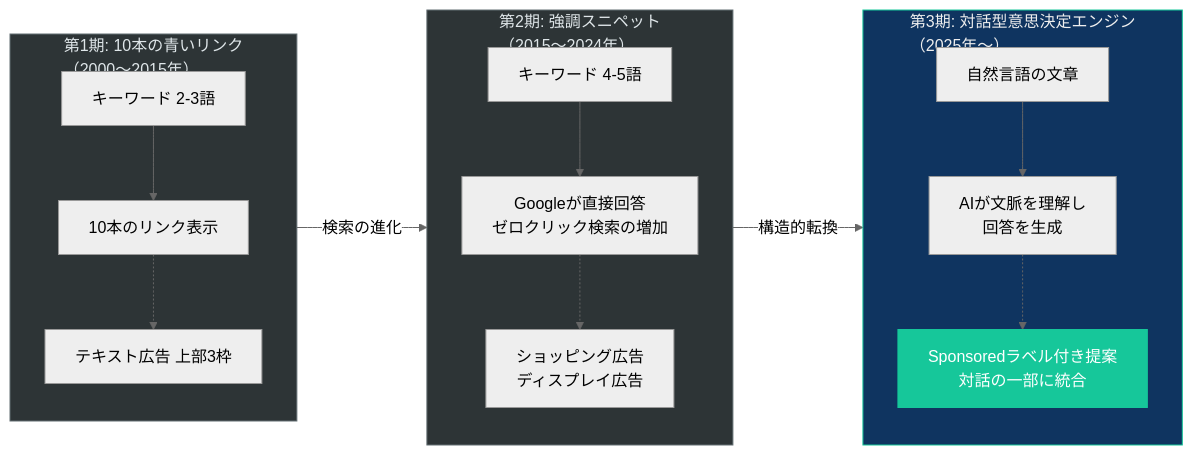
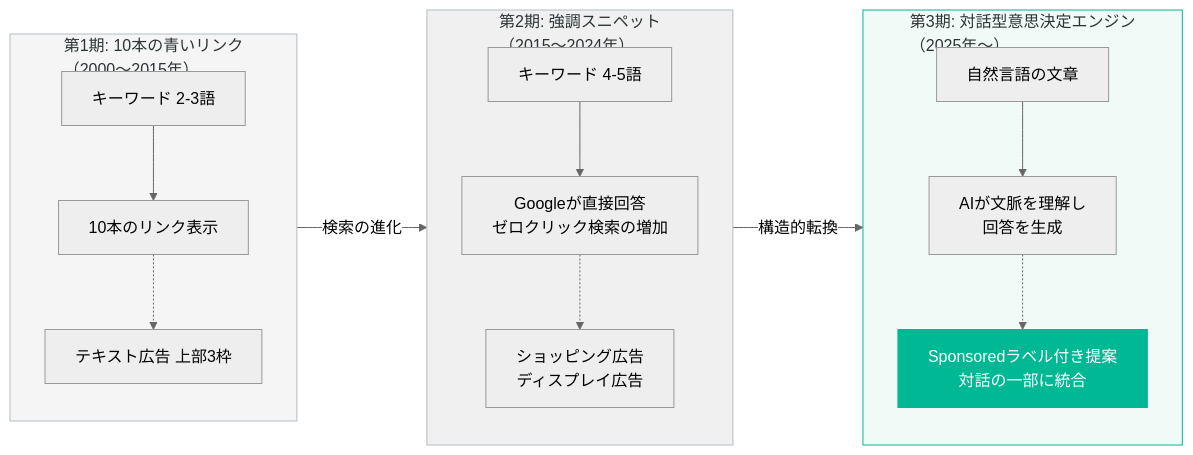
The second of 9 diagrams in docs/jp/advertising_redesigned_jp.md (Leading-AI-IO/advertising-redesigned), drawn with Mermaid (neutral theme) before and after one commit. The commit also changed other lines of this file, not shown here.

````diff
--- a/docs/jp/advertising_redesigned_jp.md
+++ b/docs/jp/advertising_redesigned_jp.md
@@ -234,36 +234,36 @@
 ```mermaid
 flowchart LR
     subgraph ERA1["第1期: 10本の青いリンク\n（2000〜2015年）"]
         direction TB
         E1Q["キーワード 2-3語"]
         E1R["10本のリンク表示"]
         E1A["テキスト広告 上部3枠"]
         E1Q --> E1R
         E1R -.-> E1A
     end
 
     subgraph ERA2["第2期: 強調スニペット\n（2015〜2024年）"]
         direction TB
         E2Q["キーワード 4-5語"]
         E2R["Googleが直接回答\nゼロクリック検索の増加"]
         E2A["ショッピング広告\nディスプレイ広告"]
         E2Q --> E2R
         E2R -.-> E2A
     end
 
     subgraph ERA3["第3期: 対話型意思決定エンジン\n（2025年〜）"]
         direction TB
         E3Q["自然言語の文章"]
         E3R["AIが文脈を理解し\n回答を生成"]
         E3A["Sponsoredラベル付き提案\n対話の一部に統合"]
         E3Q --> E3R
         E3R -.-> E3A
     end
 
     ERA1 -- "検索の進化" --> ERA2 -- "構造的転換" --> ERA3
 
-    style ERA1 fill:#2d3436,stroke:#636e72,color:#dfe6e9
-    style ERA2 fill:#2d3436,stroke:#636e72,color:#dfe6e9
-    style ERA3 fill:#0f3460,stroke:#16c79a,color:#eee
-    style E3A fill:#16c79a,stroke:#16c79a,color:#fff
+    style ERA1 fill:#f5f5f5,stroke:#b2bec3,color:#2d3436
+    style ERA2 fill:#f0f0f0,stroke:#b2bec3,color:#2d3436
+    style ERA3 fill:#f0faf6,stroke:#00b894,color:#2d3436
+    style E3A fill:#00b894,stroke:#00b894,color:#fff
 ```
````
